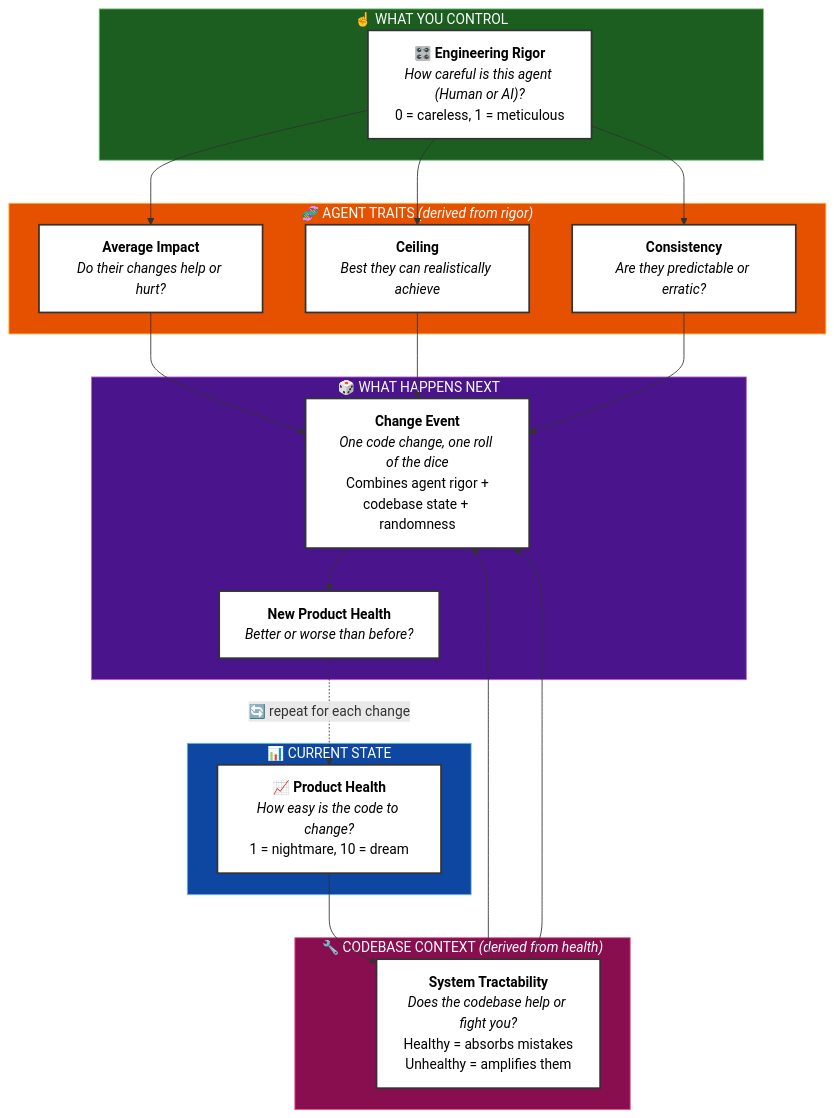
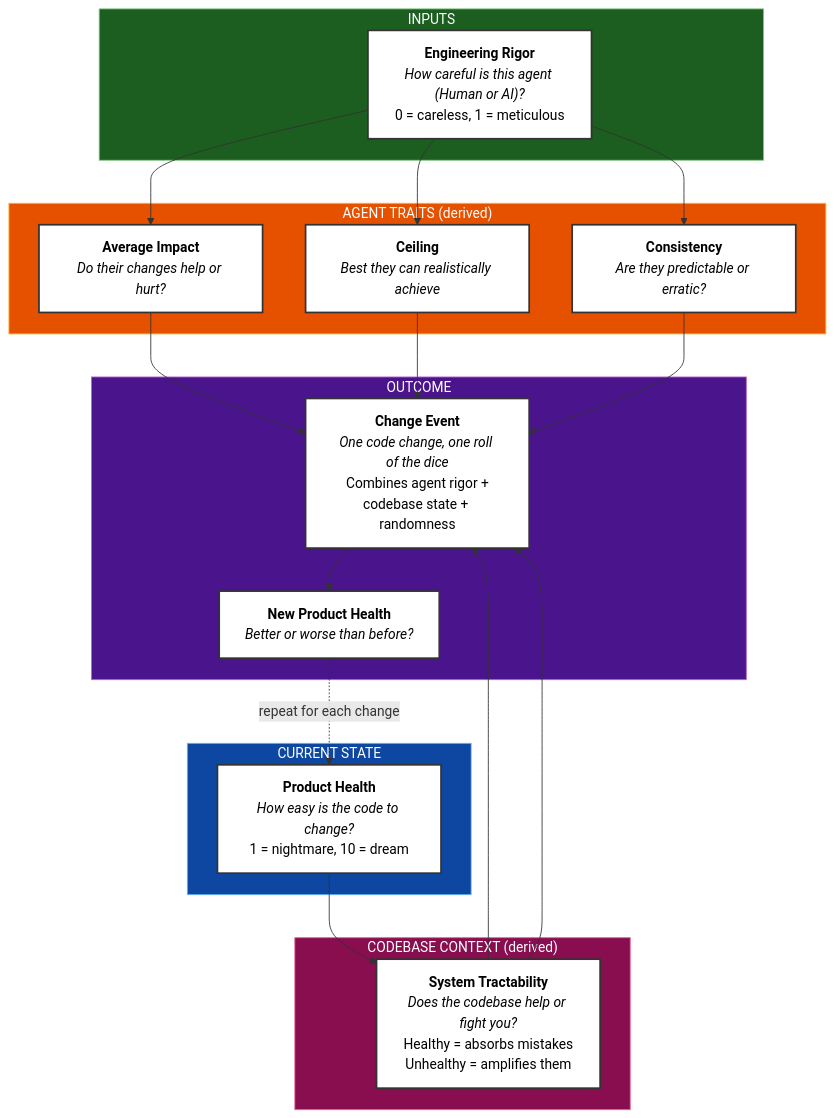
Before and after one commit to dawid-dahl-umain/product-health-dynamics: the diagram in README.md, drawn with Mermaid.

Commit message:
docs: simplify flowchart labels in README for improved readability and consistency

````diff
--- a/README.md
+++ b/README.md
@@ -64,43 +64,43 @@
 ```mermaid
 flowchart TD
-    subgraph inputs [" ☝️ WHAT YOU CONTROL"]
-        ER["🎛️ <b>Engineering Rigor</b><br/><i>How careful is this agent (Human or AI)?</i><br/>0 = careless, 1 = meticulous"]
+    subgraph inputs ["INPUTS"]
+        ER["<b>Engineering Rigor</b><br/><i>How careful is this agent (Human or AI)?</i><br/>0 = careless, 1 = meticulous"]
     end
 
-    subgraph state [" 📊 CURRENT STATE"]
-        PH["📈 <b>Product Health</b><br/><i>How easy is the code to change?</i><br/>1 = nightmare, 10 = dream"]
+    subgraph state ["CURRENT STATE"]
+        PH["<b>Product Health</b><br/><i>How easy is the code to change?</i><br/>1 = nightmare, 10 = dream"]
     end
 
-    subgraph traits [" 🧬 AGENT TRAITS <i>(derived from rigor)</i>"]
+    subgraph traits ["AGENT TRAITS (derived)"]
         BI["<b>Average Impact</b><br/><i>Do their changes help or hurt?</i>"]
         BS["<b>Consistency</b><br/><i>Are they predictable or erratic?</i>"]
         MH["<b>Ceiling</b><br/><i>Best they can realistically achieve</i>"]
     end
 
-    subgraph context [" 🔧 CODEBASE CONTEXT <i>(derived from health)</i>"]
+    subgraph context ["CODEBASE CONTEXT (derived)"]
         SS["<b>System Tractability</b><br/><i>Does the codebase help or fight you?</i><br/>Healthy = absorbs mistakes<br/>Unhealthy = amplifies them"]
     end
 
-    subgraph outcome [" 🎲 WHAT HAPPENS NEXT"]
+    subgraph outcome ["OUTCOME"]
         CE["<b>Change Event</b><br/><i>One code change, one roll of the dice</i><br/>Combines agent rigor +<br/>codebase state + randomness"]
         NPH["<b>New Product Health</b><br/><i>Better or worse than before?</i>"]
     end
 
     ER --> BI & BS & MH
     PH --> SS
     BI & SS & MH --> CE
     BS & SS --> CE
     CE --> NPH
-    NPH -.->|"🔄 repeat for each change"| PH
+    NPH -.->|"repeat for each change"| PH
 
     %% Darker backgrounds for better contrast with white text
     style inputs fill:#1b5e20,stroke:#81c784,color:#fff
     style state fill:#0d47a1,stroke:#64b5f6,color:#fff
     style traits fill:#e65100,stroke:#ffb74d,color:#fff
     style context fill:#880e4f,stroke:#f06292,color:#fff
     style outcome fill:#4a148c,stroke:#ba68c8,color:#fff
 
     %% Explicitly style nodes for clarity
     classDef nodeStyle fill:#fff,stroke:#333,color:#000,stroke-width:2px
     class ER,PH,BI,BS,MH,SS,CE,NPH nodeStyle
 ```
````
